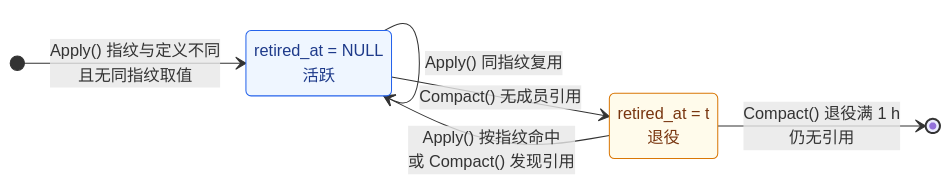
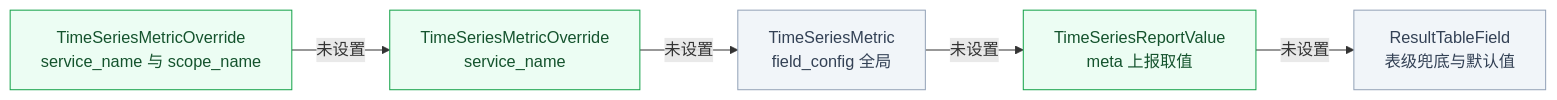
One commit to ZhuoZhuoCrayon/ai-workspace changed diagram 14 of 28 in knowledge/bkmonitor/issues/2026-09-15-custom-metric-metadata/PLAN.md. Above: the diagram before and after it, drawn with Mermaid. The commit also changed other lines of this file and 12 other files, not shown here.

Commit message:
docs(issue): switch custom metric metadata to value dedup plan with final retest

````diff
--- a/knowledge/bkmonitor/issues/2026-09-15-custom-metric-metadata/PLAN.md
+++ b/knowledge/bkmonitor/issues/2026-09-15-custom-metric-metadata/PLAN.md
@@ -736,16 +1059,13 @@
 ```mermaid
-stateDiagram-v2
-    direction LR
-    state "retired_at = NULL<br/>活跃" as Active
-    state "retired_at = t<br/>退役" as Retired
-    [*] --> Active : Apply() 指纹与定义不同<br/>且无同指纹取值
-    Active --> Active : Apply() 同指纹复用
-    Active --> Retired : Compact() 无成员引用
-    Retired --> Active : Apply() 按指纹命中<br/>或 Compact() 发现引用
-    Retired --> [*] : Compact() 退役满 1 h<br/>仍无引用
+%%{init: {"flowchart": {"nodeSpacing": 28, "rankSpacing": 48, "wrappingWidth": 400}}}%%
+flowchart LR
+    L1["TimeSeriesMetricOverride<br/>service_name 与 scope_name"] -->|"未设置"| L2["TimeSeriesMetricOverride<br/>service_name"]
+    L2 -->|"未设置"| L3["TimeSeriesMetric<br/>field_config 全局"]
+    L3 -->|"未设置"| L4["TimeSeriesReportValue<br/>meta 上报取值"]
+    L4 -->|"未设置"| L5["ResultTableField<br/>表级兜底与默认值"]
 
-    classDef normal fill:#eff6ff,stroke:#2563eb,color:#1e3a8a
-    classDef waiting fill:#fffbeb,stroke:#d97706,color:#78350f
-    class Active normal
-    class Retired waiting
+    classDef add fill:#ecfdf3,stroke:#16a34a,color:#14532d
+    classDef old fill:#f1f5f9,stroke:#94a3b8,color:#334155
+    class L1,L2,L4 add
+    class L3,L5 old
 ```
````
